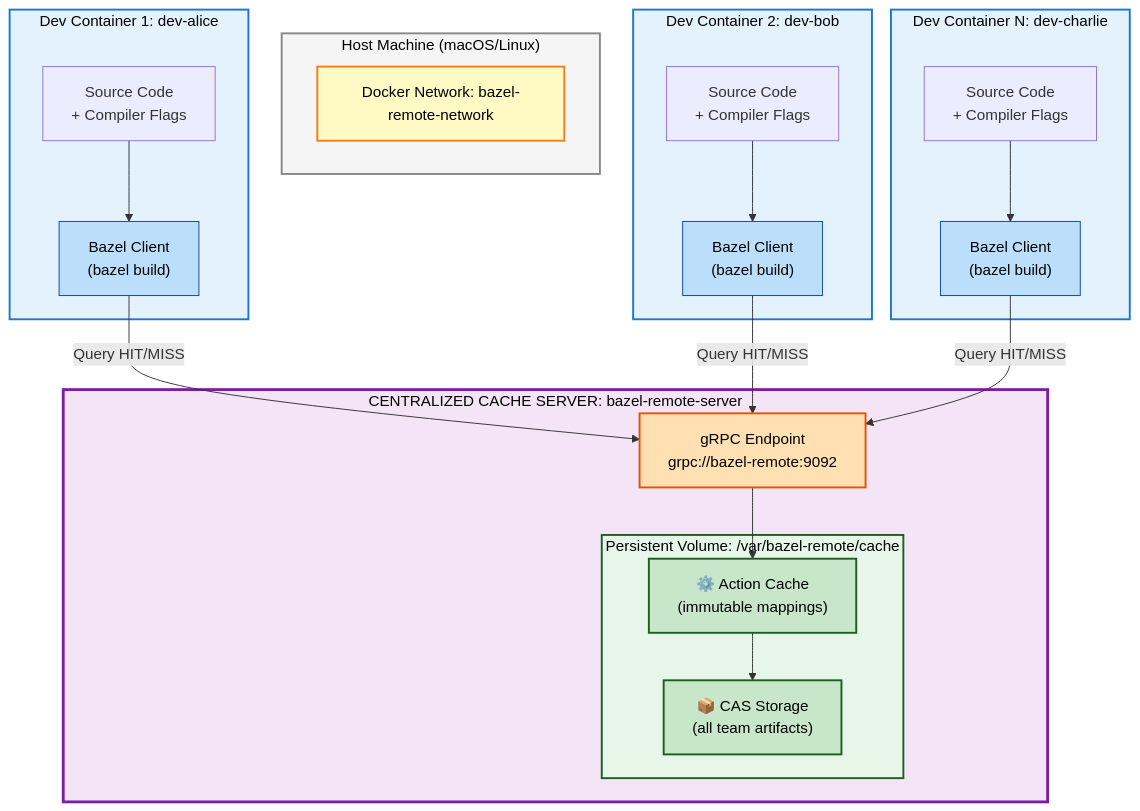
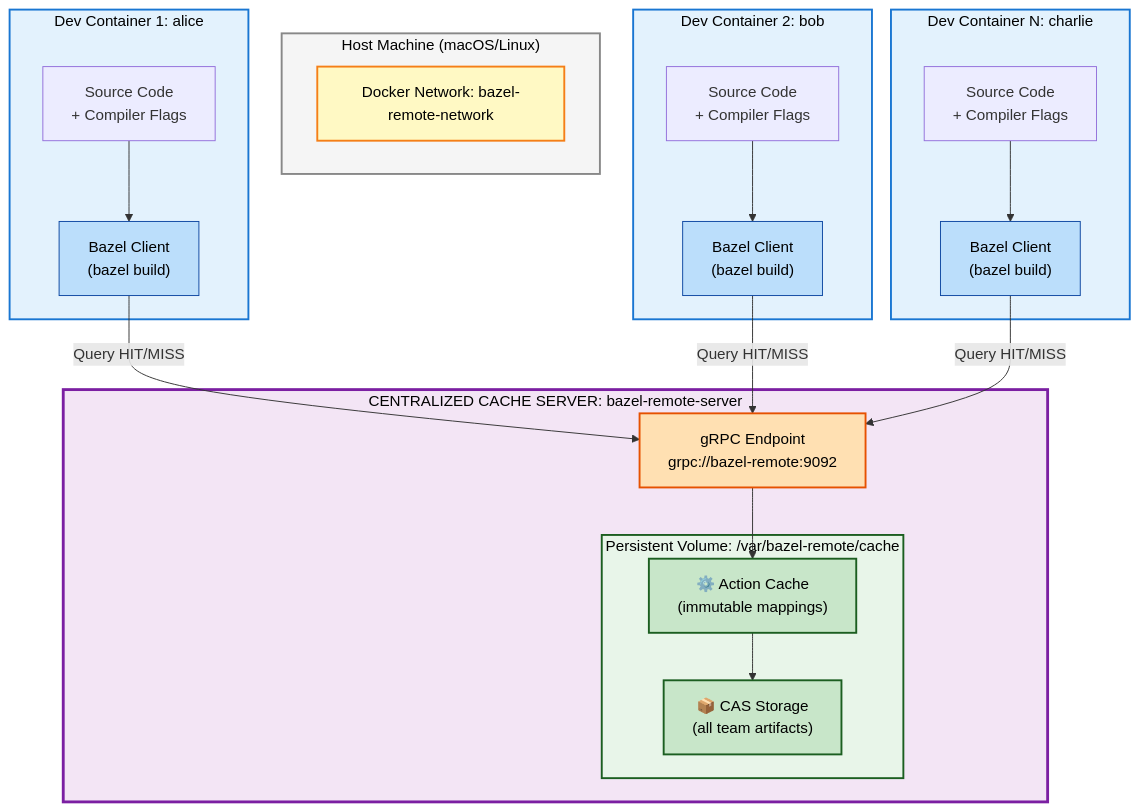
Before and after one commit to iakshayubale/bazel-infra-lab: the fourth of 4 diagrams in README.md, drawn with Mermaid. The commit also changed other lines of this file and 14 other files, not shown here.

````diff
--- a/README.md
+++ b/README.md
@@ -413,56 +564,56 @@
 ```mermaid
 %%{init: {'flowchart': {'htmlLabels': true}, 'theme': 'default', 'themeVariables': { 'subGraphTitleColor': '#000000' }}}%%
 graph TB
     subgraph HOST["Host Machine (macOS/Linux)"]
         Network["Docker Network: bazel-remote-network"]
     end
     
-    subgraph DEV1["<span style='color:#000;'>Dev Container 1: dev-alice</span>"]
+    subgraph DEV1["<span style='color:#000;'>Dev Container 1: alice</span>"]
         BC1["Bazel Client<br/>(bazel build)"]
         SRC1["Source Code<br/>+ Compiler Flags"]
     end
     
-    subgraph DEV2["<span style='color:#000;'>Dev Container 2: dev-bob</span>"]
+    subgraph DEV2["<span style='color:#000;'>Dev Container 2: bob</span>"]
         BC2["Bazel Client<br/>(bazel build)"]
         SRC2["Source Code<br/>+ Compiler Flags"]
     end
     
-    subgraph DEV3["<span style='color:#000;'>Dev Container N: dev-charlie</span>"]
+    subgraph DEV3["<span style='color:#000;'>Dev Container N: charlie</span>"]
         BC3["Bazel Client<br/>(bazel build)"]
         SRC3["Source Code<br/>+ Compiler Flags"]
     end
     
     subgraph SERVER["<span style='color:#000;'>CENTRALIZED CACHE SERVER: bazel-remote-server</span>"]
         GRPC["gRPC Endpoint<br/>grpc://bazel-remote:9092"]
         
         subgraph VOL["<span style='color:#000;'>Persistent Volume: /var/bazel-remote/cache</span>"]
             AC["⚙️ Action Cache<br/>(immutable mappings)"]
             CAS["📦 CAS Storage<br/>(all team artifacts)"]
         end
     end
     
     SRC1 --> BC1
     SRC2 --> BC2
     SRC3 --> BC3
     
     BC1 -->|Query HIT/MISS| GRPC
     BC2 -->|Query HIT/MISS| GRPC
     BC3 -->|Query HIT/MISS| GRPC
     
     GRPC --> AC
     AC --> CAS
     
     style HOST fill:#f5f5f5,stroke:#888,stroke-width:2px,color:#000
     style DEV1 fill:#e3f2fd,stroke:#1976d2,stroke-width:2px,color:#000
     style DEV2 fill:#e3f2fd,stroke:#1976d2,stroke-width:2px,color:#000
     style DEV3 fill:#e3f2fd,stroke:#1976d2,stroke-width:2px,color:#000
     style BC1 fill:#bbdefb,stroke:#0d47a1,stroke-width:1px,color:#000
     style BC2 fill:#bbdefb,stroke:#0d47a1,stroke-width:1px,color:#000
     style BC3 fill:#bbdefb,stroke:#0d47a1,stroke-width:1px,color:#000
     style SERVER fill:#f3e5f5,stroke:#7b1fa2,stroke-width:3px,color:#000
     style VOL fill:#e8f5e9,stroke:#1b5e20,stroke-width:2px,color:#000
     style GRPC fill:#ffe0b2,stroke:#e65100,stroke-width:2px,color:#000
     style AC fill:#c8e6c9,stroke:#1b5e20,stroke-width:2px,color:#000
     style CAS fill:#c8e6c9,stroke:#1b5e20,stroke-width:2px,color:#000
     style Network fill:#fff9c4,stroke:#f57f17,stroke-width:2px,color:#000
 ```
````
